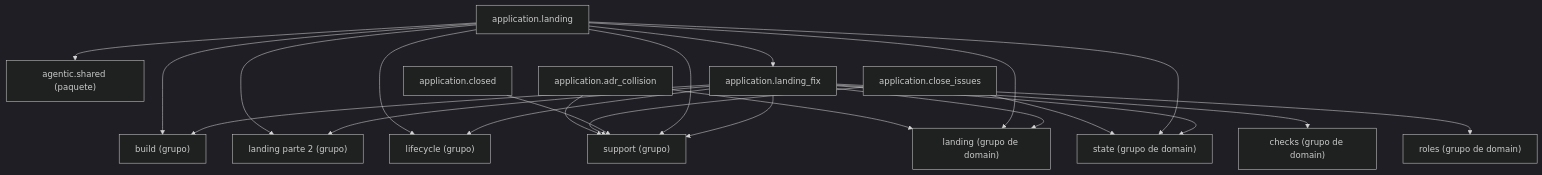
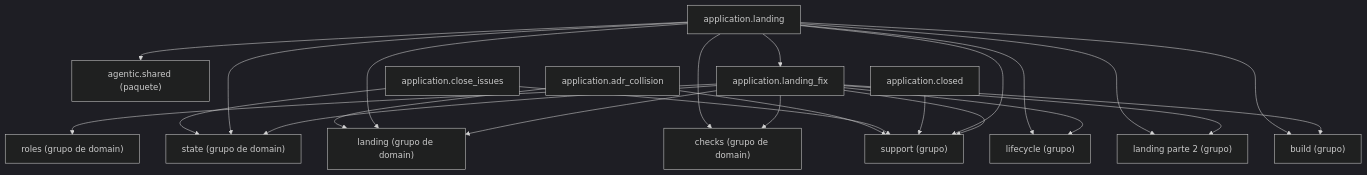
One commit to GonzaloZevallos/agentic-system changed the diagram in docs/architecture/generated/packages-process-application-landing-1.md. Above: the diagram before and after it, drawn with Mermaid (dark theme).

Commit message:
Regenerate the landing architecture page (GH-463)

````diff
--- a/docs/architecture/generated/packages-process-application-landing-1.md
+++ b/docs/architecture/generated/packages-process-application-landing-1.md
@@ -16,38 +16,39 @@
 ```mermaid
 graph TD
     g_application__build["build (grupo)"]
     g_application__landing__2["landing parte 2 (grupo)"]
     g_application__lifecycle["lifecycle (grupo)"]
     g_application__support["support (grupo)"]
     g_domain__checks["checks (grupo de domain)"]
     g_domain__landing["landing (grupo de domain)"]
     g_domain__roles["roles (grupo de domain)"]
     g_domain__state["state (grupo de domain)"]
     g_pkg__agentic__shared["agentic.shared (paquete)"]
     m_application__adr_collision["application.adr_collision"]
     m_application__close_issues["application.close_issues"]
     m_application__closed["application.closed"]
     m_application__landing["application.landing"]
     m_application__landing_fix["application.landing_fix"]
     m_application__adr_collision --> g_application__support
     m_application__adr_collision --> g_domain__landing
     m_application__close_issues --> g_application__support
     m_application__close_issues --> g_domain__state
     m_application__closed --> g_application__support
     m_application__landing --> g_application__build
     m_application__landing --> g_application__landing__2
     m_application__landing --> g_application__lifecycle
     m_application__landing --> g_application__support
+    m_application__landing --> g_domain__checks
     m_application__landing --> g_domain__landing
     m_application__landing --> g_domain__state
     m_application__landing --> g_pkg__agentic__shared
     m_application__landing --> m_application__landing_fix
     m_application__landing_fix --> g_application__build
     m_application__landing_fix --> g_application__landing__2
     m_application__landing_fix --> g_application__lifecycle
     m_application__landing_fix --> g_application__support
     m_application__landing_fix --> g_domain__checks
     m_application__landing_fix --> g_domain__landing
     m_application__landing_fix --> g_domain__roles
     m_application__landing_fix --> g_domain__state
 ```
````
